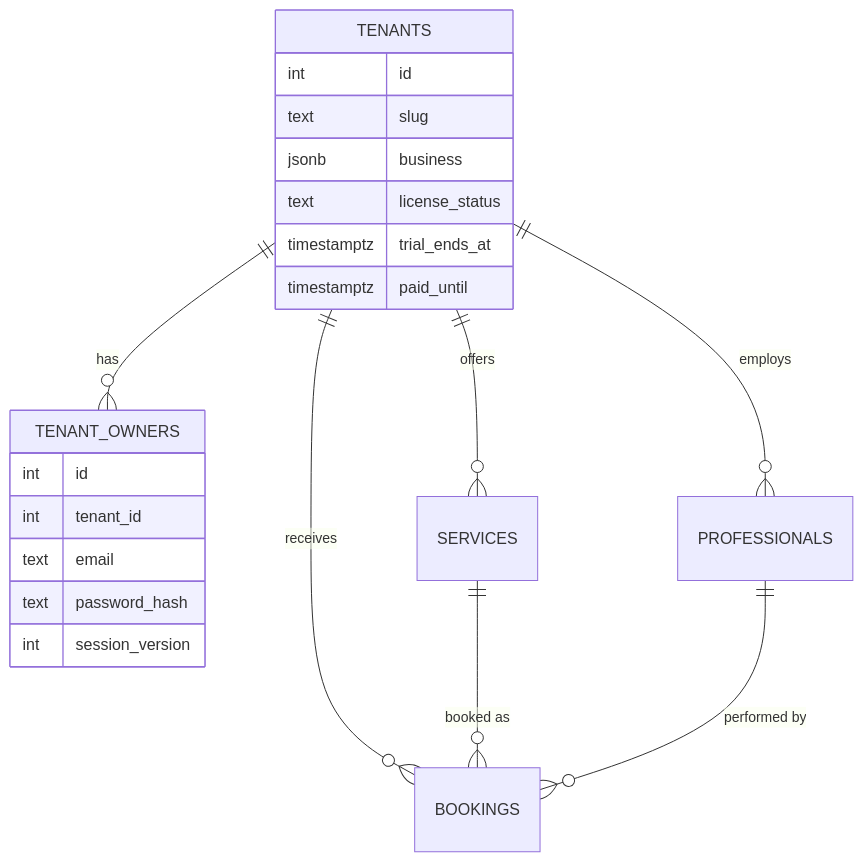
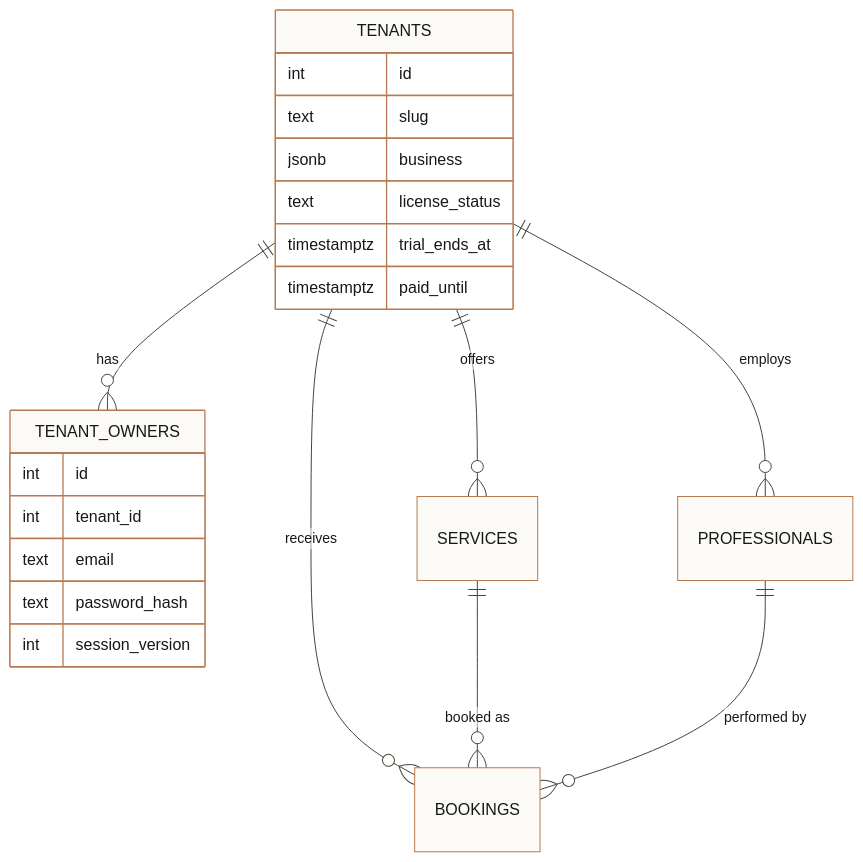
One commit to AlexandroCunha/barbershop-platform changed the second of 3 diagrams in README.md. Above: the diagram before and after it, drawn with Mermaid. The commit also changed other lines of this file and 2 other files, not shown here.

````diff
--- a/README.md
+++ b/README.md
@@ -178,25 +211,26 @@
 ```mermaid
+%%{init: {"theme": "base", "themeVariables": {"primaryColor": "#fbfaf7", "primaryTextColor": "#171717", "primaryBorderColor": "#b77951", "lineColor": "#41483a", "attributeBackgroundColorOdd": "#fbfaf7", "attributeBackgroundColorEven": "#ebe6dc", "fontFamily": "Inter, system-ui, sans-serif"}}}%%
 erDiagram
   TENANTS ||--o{ TENANT_OWNERS : has
   TENANTS ||--o{ SERVICES : offers
   TENANTS ||--o{ PROFESSIONALS : employs
   TENANTS ||--o{ BOOKINGS : receives
   SERVICES ||--o{ BOOKINGS : "booked as"
   PROFESSIONALS ||--o{ BOOKINGS : "performed by"
 
   TENANTS {
     int id
     text slug
     jsonb business
     text license_status
     timestamptz trial_ends_at
     timestamptz paid_until
   }
   TENANT_OWNERS {
     int id
     int tenant_id
     text email
     text password_hash
     int session_version
   }
 ```
````
